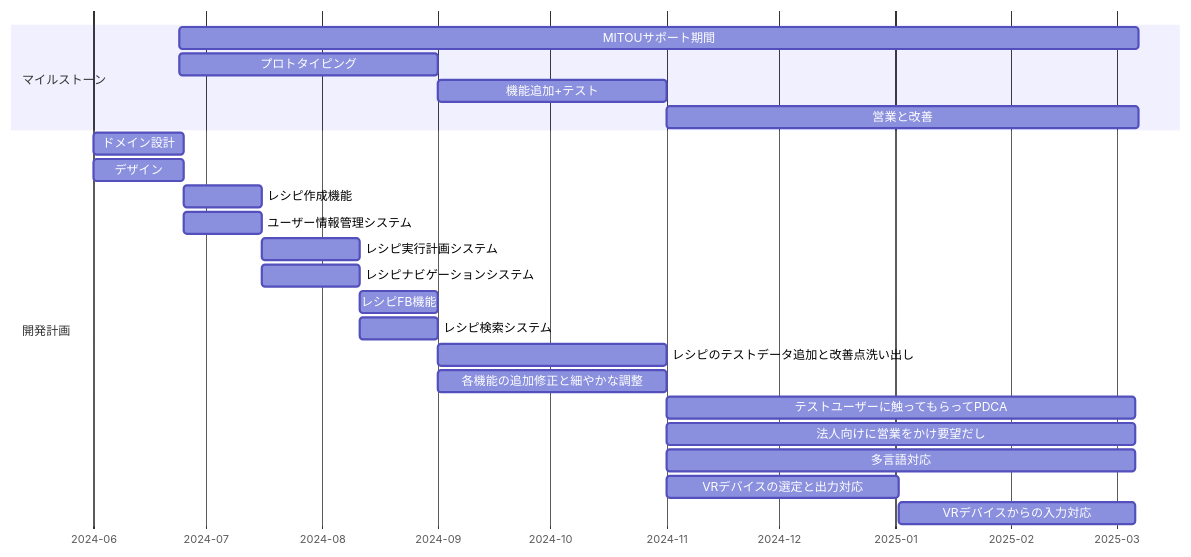
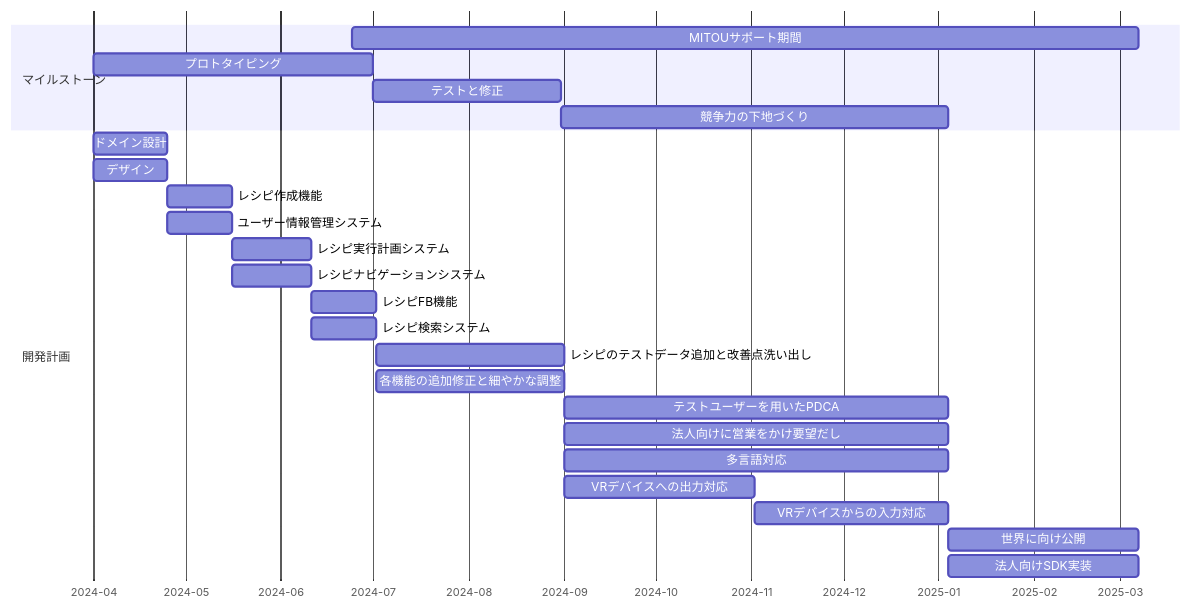
Before and after one commit to hideki1217/e28236754fa4c93a6ab20c72fe9c5aaefae39ea79d0d1f703ba1cf3133438df2: the diagram in application2-rewrited.md, drawn with Mermaid.

Commit message:
Update schedule to enhance YARUKI

````diff
--- a/application2-rewrited.md
+++ b/application2-rewrited.md
@@ -174,26 +174,28 @@
 ```mermaid
 gantt
     axisFormat  %Y-%m
 
     section マイルストーン
       MITOUサポート期間	:a, 2024-6-24, 256d
-      プロトタイピング	 :b0, 2024-6-24, 69d
-      機能追加+テスト  :b1, after b0, 61d
-		営業と改善: b2, after b1, 126d
+      プロトタイピング	 :b0, 2024-4-01, 91d
+      テストと修正  :b1, after b0, 61d
+		競争力の下地づくり: b2, after b1, 126d
     section 開発計画
-      ドメイン設計: domain, 2024-6-01, 24d
-		デザイン: design, 2024-6-01, 24d
-		レシピ作成機能: recipe-editor, after design, 21d
+      ドメイン設計: domain, 2024-4-01, 24d
+		  デザイン: design, 2024-4-01, 24d
+		  レシピ作成機能: recipe-editor, after design, 21d
       ユーザー情報管理システム: user-manager, after design, 21d
       レシピ実行計画システム: recipe-planner, after user-manager, 26d
       レシピナビゲーションシステム: recipe-cockpit, after user-manager, 26d
       レシピFB機能: recipe-FB, after recipe-cockpit, 21d
       レシピ検索システム: recipe-search, after recipe-cockpit, 21d
       レシピのテストデータ追加と改善点洗い出し: refactor1, after recipe-search, 61d
       各機能の追加修正と細やかな調整: refactor2, after recipe-search, 61d
-      テストユーザーに触ってもらってPDCA: testuser, after refactor2, 125d
+      テストユーザーを用いたPDCA: testuser, after refactor2, 125d
       法人向けに営業をかけ要望だし: corporate-sales, after refactor2, 125d
       多言語対応: multi-language, after refactor2, 125d
-      VRデバイスの選定と出力対応: introduce-vr, after refactor2, 62d
+      VRデバイスへの出力対応: introduce-vr, after refactor2, 62d
       VRデバイスからの入力対応: application-vr, after introduce-vr, 63d
+      世界に向け公開: publish-to-world, after application-vr, 62d
+      法人向けSDK実装: publish-to-world, after application-vr, 62d
 ```
````
